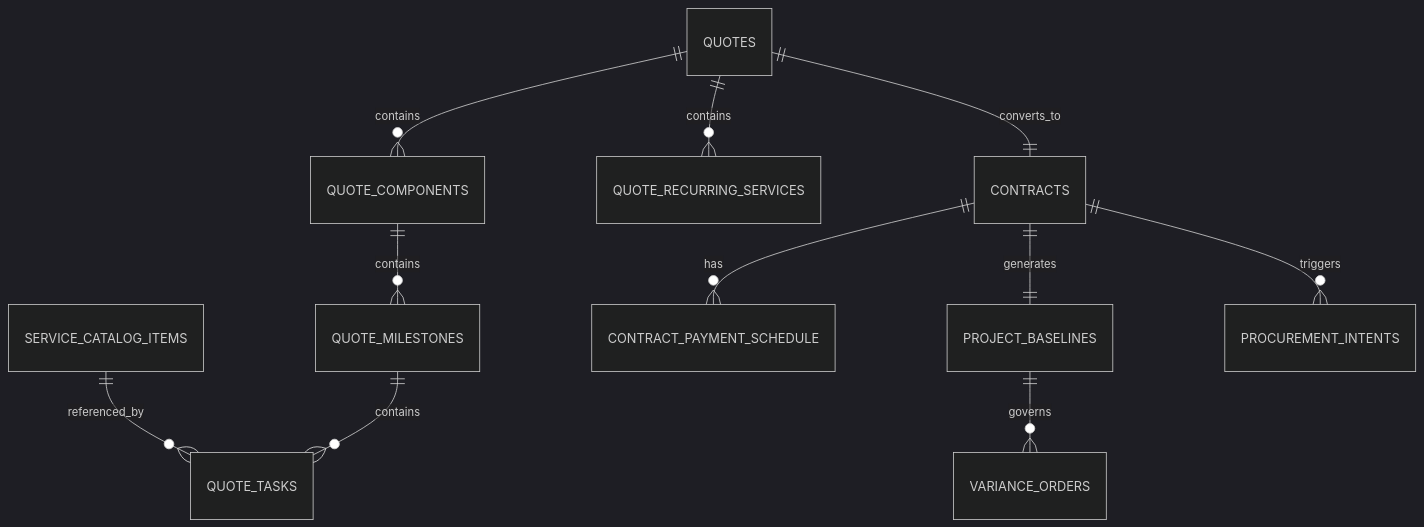
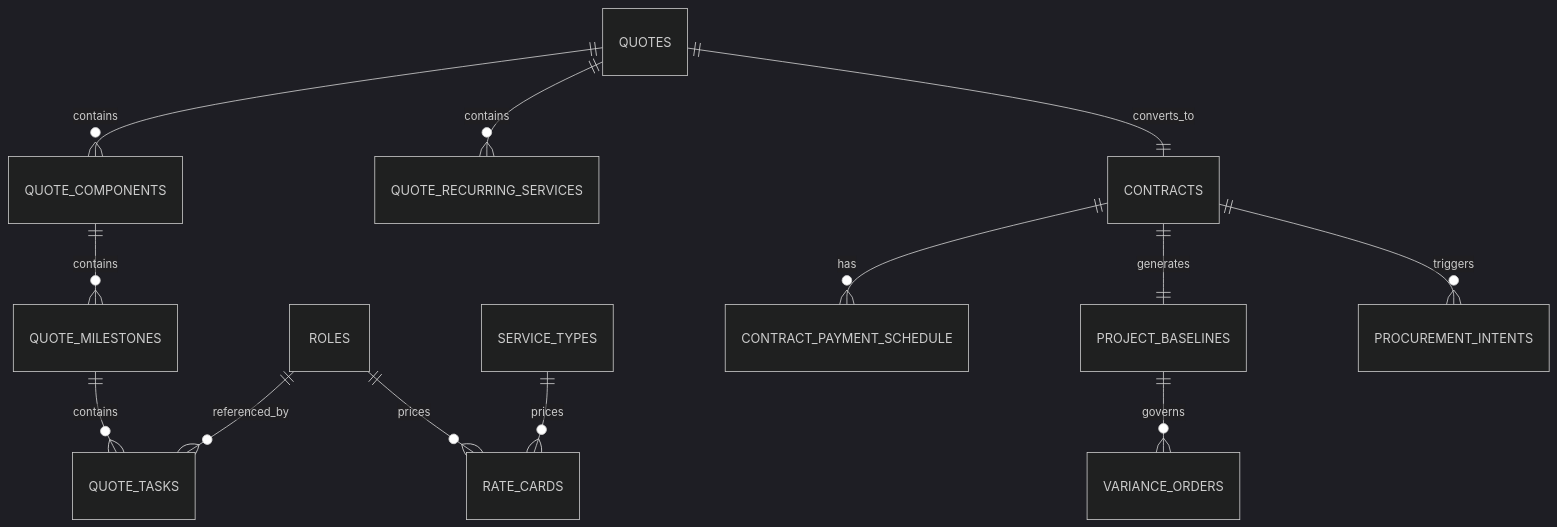
The diagram in docs/05_data_model/er_diagram.md (stevecopeza/pet4), drawn with Mermaid (dark theme) before and after one commit. The commit also changed 114 other files, not shown here.

````diff
--- a/docs/05_data_model/er_diagram.md
+++ b/docs/05_data_model/er_diagram.md
@@ -3,14 +3,16 @@
 ``` mermaid
 erDiagram
 
-SERVICE_CATALOG_ITEMS ||--o{ QUOTE_TASKS : referenced_by
+ROLES ||--o{ QUOTE_TASKS : referenced_by
+SERVICE_TYPES ||--o{ RATE_CARDS : prices
+ROLES ||--o{ RATE_CARDS : prices
 QUOTES ||--o{ QUOTE_COMPONENTS : contains
 QUOTE_COMPONENTS ||--o{ QUOTE_MILESTONES : contains
 QUOTE_MILESTONES ||--o{ QUOTE_TASKS : contains
 QUOTES ||--o{ QUOTE_RECURRING_SERVICES : contains
 QUOTES ||--|| CONTRACTS : converts_to
 CONTRACTS ||--o{ CONTRACT_PAYMENT_SCHEDULE : has
 CONTRACTS ||--|| PROJECT_BASELINES : generates
 PROJECT_BASELINES ||--o{ VARIANCE_ORDERS : governs
 CONTRACTS ||--o{ PROCUREMENT_INTENTS : triggers
 ```
````
